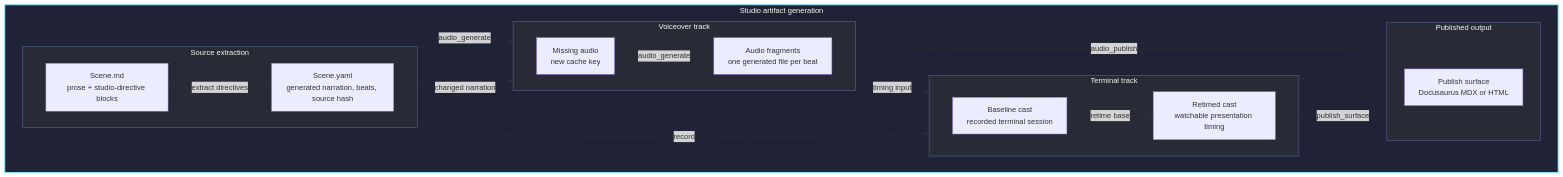
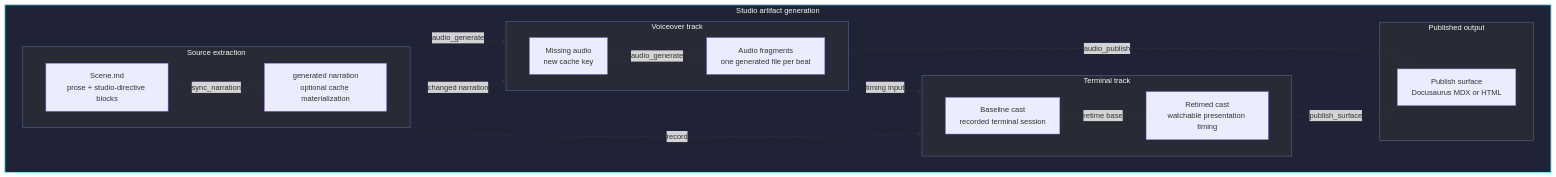
The diagram in media/README.md (omry/arbiter), drawn with Mermaid before and after one commit. The commit also changed other lines of this file and 26 other files, not shown here.

````diff
--- a/media/README.md
+++ b/media/README.md
@@ -178,46 +177,46 @@
 ```mermaid
 flowchart LR
     subgraph Studio["Studio artifact generation"]
         direction LR
 
         subgraph Source["Source extraction"]
             direction LR
             Markdown["Scene.md<br/>prose + studio-directive blocks"]
-            YAML["Scene.yaml<br/>generated narration, beats, source hash"]
+            Generated["generated narration<br/>optional cache materialization"]
         end
 
         subgraph Terminal["Terminal track"]
             direction LR
             Baseline["Baseline cast<br/>recorded terminal session"]
             Retimed["Retimed cast<br/>watchable presentation timing"]
         end
 
         subgraph Voiceover["Voiceover track"]
             direction LR
             Missing["Missing audio<br/>new cache key"]
             AudioFragments["Audio fragments<br/>one generated file per beat"]
         end
 
         subgraph Output["Published output"]
             Surface["Publish surface<br/>Docusaurus MDX or HTML"]
         end
 
-        Markdown -->|extract directives| YAML
-        YAML -->|record| Baseline
+        Markdown -->|record| Baseline
         Baseline -->|retime base| Retimed
 
-        YAML -->|audio_generate| AudioFragments
+        Markdown -->|audio_generate| AudioFragments
         AudioFragments -->|timing input| Retimed
         AudioFragments -->|audio_publish| Surface
         Retimed -->|publish_surface| Surface
 
-        YAML -. changed narration .-> Missing
+        Markdown -. sync_narration .-> Generated
+        Markdown -. changed narration .-> Missing
         Missing -. audio_generate .-> AudioFragments
     end
 
     style Studio fill:#1f2335,stroke:#8be9fd,stroke-width:2px,color:#f8f8f2
     style Source fill:#282a36,stroke:#6272a4,color:#f8f8f2
     style Terminal fill:#282a36,stroke:#6272a4,color:#f8f8f2
     style Voiceover fill:#282a36,stroke:#6272a4,color:#f8f8f2
     style Output fill:#282a36,stroke:#6272a4,color:#f8f8f2
 ```
````
